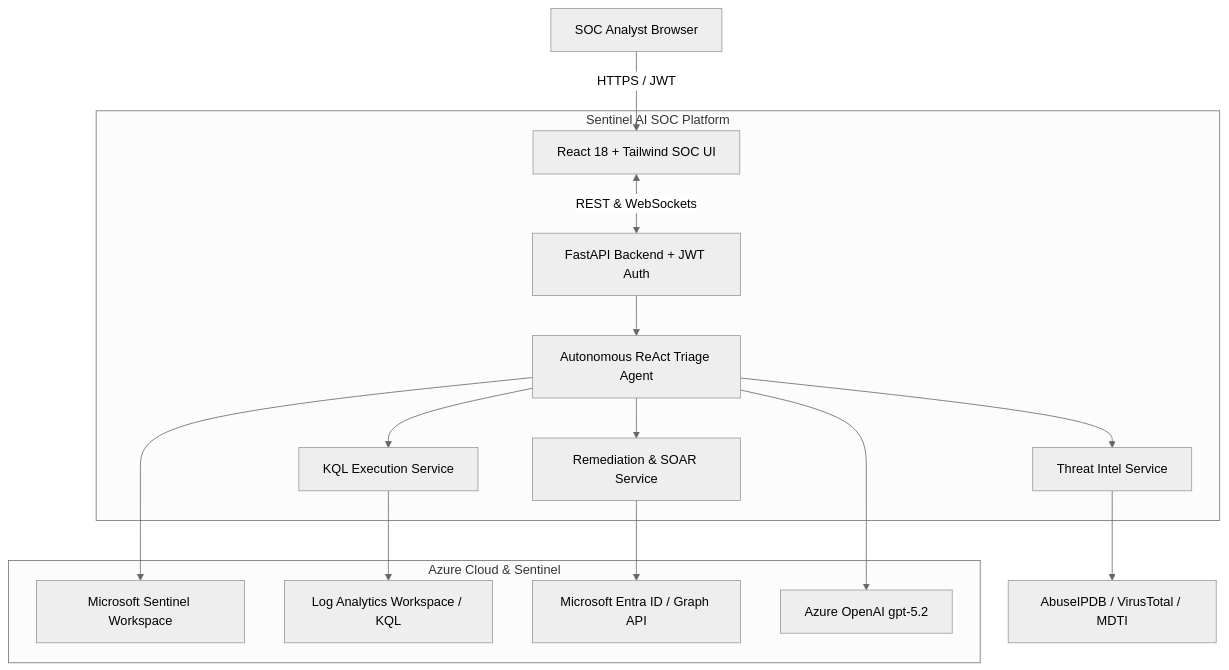
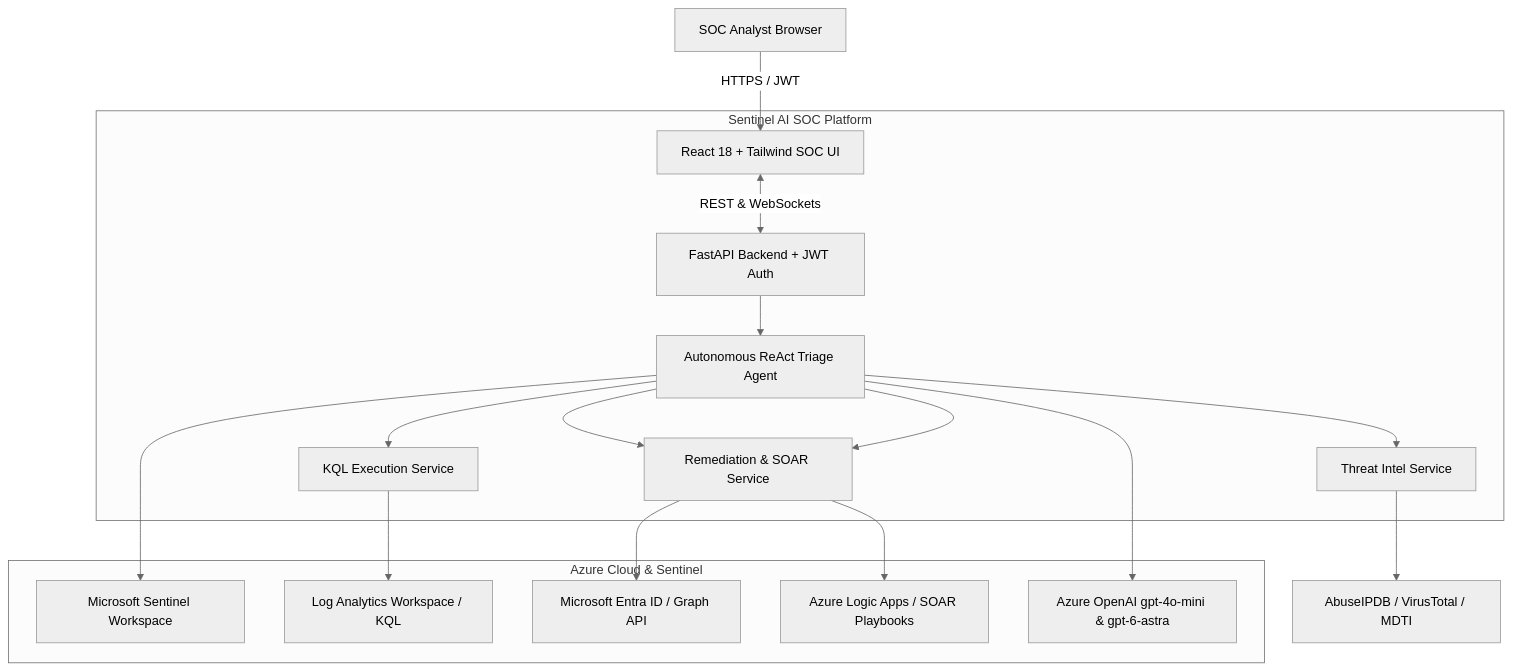
The diagram in README.md (ankush351992/AI-SOC-Agent-for-Microsoft-Sentinel), drawn with Mermaid (neutral theme) before and after one commit. The commit also changed other lines of this file, not shown here.

Commit message:
docs: update README with Hybrid Model Segregation, SOAR Playbook Selector, and Service Principal Permissions

````diff
--- a/README.md
+++ b/README.md
@@ -128,27 +232,29 @@
 ```mermaid
 flowchart TD
     subgraph Azure_Cloud [Azure Cloud & Sentinel]
         Sentinel[Microsoft Sentinel Workspace]
         LogAnalytics[Log Analytics Workspace / KQL]
         EntraID[Microsoft Entra ID / Graph API]
-        AzureOpenAI[Azure OpenAI gpt-5.2]
+        LogicApps[Azure Logic Apps / SOAR Playbooks]
+        AzureOpenAI[Azure OpenAI gpt-4o-mini & gpt-6-astra]
     end
 
     subgraph App_Platform [Sentinel AI SOC Platform]
         UI[React 18 + Tailwind SOC UI]
         API[FastAPI Backend + JWT Auth]
         Agent[Autonomous ReAct Triage Agent]
         KQL[KQL Execution Service]
         TI[Threat Intel Service]
         Remediation[Remediation & SOAR Service]
     end
 
     Analyst[SOC Analyst Browser] -->|HTTPS / JWT| UI
     UI <-->|REST & WebSockets| API
     API --> Agent
     Agent --> KQL --> LogAnalytics
     Agent --> Sentinel
     Agent --> AzureOpenAI
     Agent --> TI --> ExternalTI[AbuseIPDB / VirusTotal / MDTI]
+    Agent --> Remediation --> LogicApps
     Agent --> Remediation --> EntraID
 ```
````
